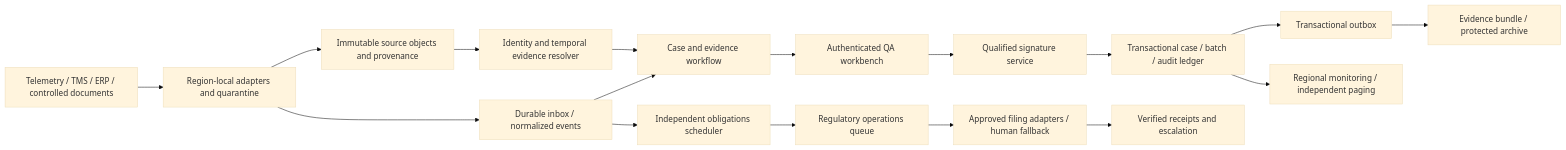
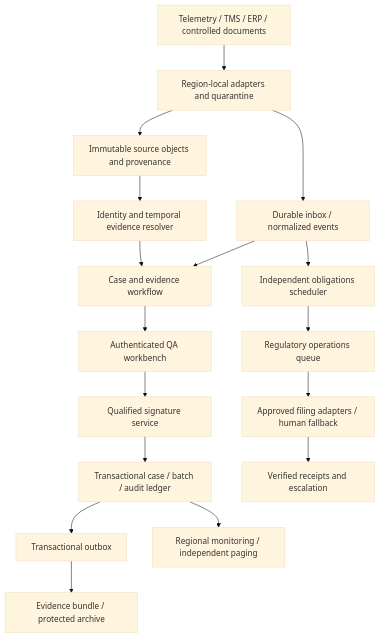
The diagram in diagrams/01-production-architecture.md (Zulfiqar7862/kccs-adjudication-case-study), drawn with Mermaid (base theme) before and after one commit. The commit also changed 8 other files, not shown here.

Commit message:
Embed maintained design diagrams in submission documents (#3)

````diff
--- a/diagrams/01-production-architecture.md
+++ b/diagrams/01-production-architecture.md
@@ -5,19 +5,19 @@
 ```mermaid
-flowchart LR
+flowchart TB
     Sources[Telemetry / TMS / ERP / controlled documents] --> Adapters[Region-local adapters and quarantine]
     Adapters --> Raw[Immutable source objects and provenance]
     Adapters --> Inbox[Durable inbox / normalized events]
     Inbox --> Cases[Case and evidence workflow]
     Inbox --> Clock[Independent obligations scheduler]
     Raw --> Resolve[Identity and temporal evidence resolver]
     Resolve --> Cases
     Cases --> Review[Authenticated QA workbench]
     Review --> Sign[Qualified signature service]
     Sign --> Ledger[Transactional case / batch / audit ledger]
     Ledger --> Outbox[Transactional outbox]
     Outbox --> Export[Evidence bundle / protected archive]
     Clock --> Reg[Regulatory operations queue]
     Reg --> Delivery[Approved filing adapters / human fallback]
     Delivery --> Receipts[Verified receipts and escalation]
     Ledger --> Metrics[Regional monitoring / independent paging]
 ```
````
